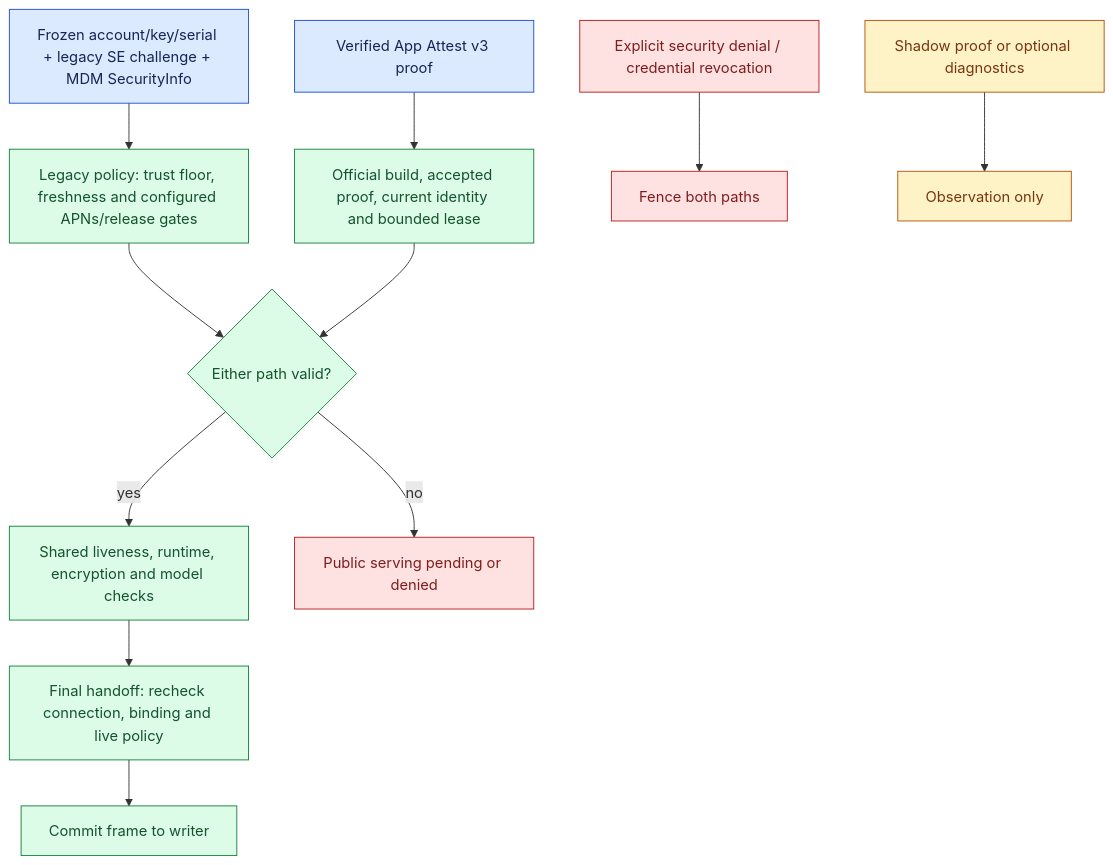
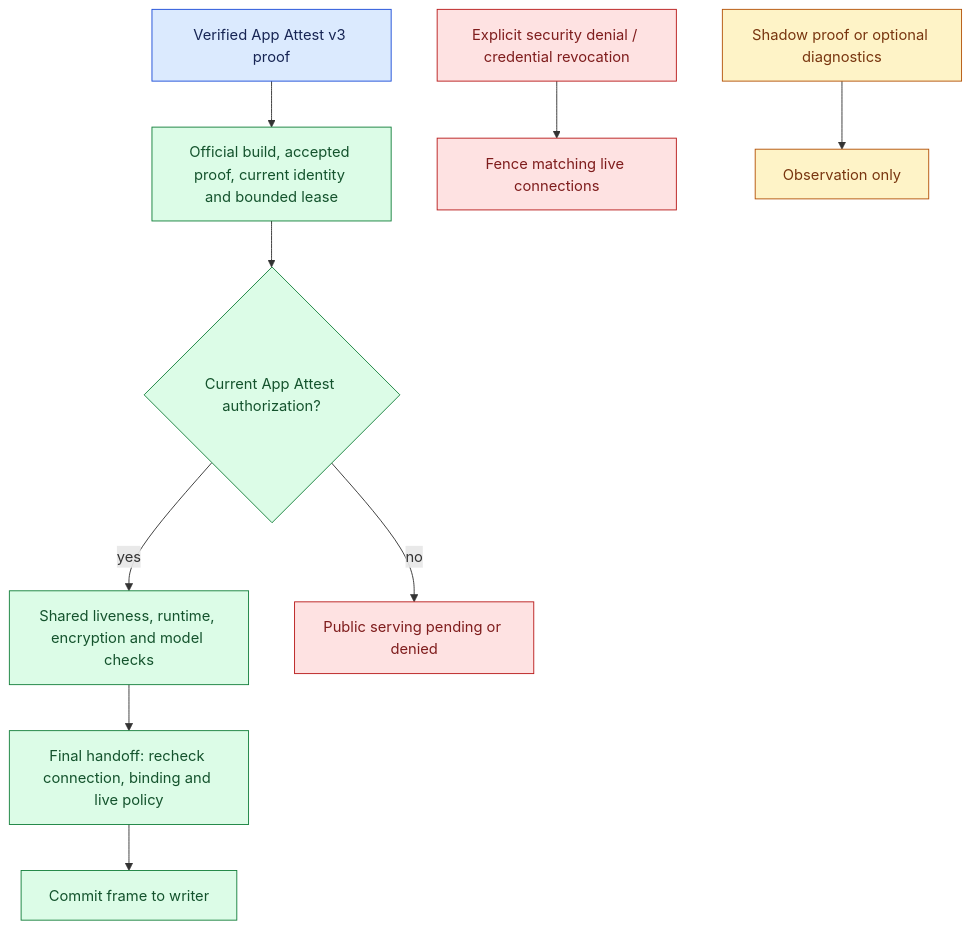
One commit to Layr-Labs/d-inference changed the diagram in docs/architecture/security/provider-trust.md. Above: the diagram before and after it, drawn with Mermaid. The commit also changed other lines of this file and 45 other files, not shown here.

````diff
--- a/docs/architecture/security/provider-trust.md
+++ b/docs/architecture/security/provider-trust.md
@@ -55,21 +41,19 @@
 ```mermaid
 flowchart TD
-  L["Frozen account/key/serial + legacy SE challenge + MDM SecurityInfo"] --> LP["Legacy policy: trust floor, freshness and configured APNs/release gates"]
   A["Verified App Attest v3 proof"] --> AP["Official build, accepted proof, current identity and bounded lease"]
-  LP --> E{"Either path valid?"}
-  AP --> E
+  AP --> E{"Current App Attest authorization?"}
   E -->|yes| C["Shared liveness, runtime, encryption and model checks"]
   C --> H["Final handoff: recheck connection, binding and live policy"]
   H --> I["Commit frame to writer"]
   E -->|no| P["Public serving pending or denied"]
-  D["Explicit security denial / credential revocation"] --> X["Fence both paths"]
+  D["Explicit security denial / credential revocation"] --> X["Fence matching live connections"]
   S["Shadow proof or optional diagnostics"] --> O["Observation only"]
   classDef evidence fill:#dbeafe,stroke:#1d4ed8,color:#172554
   classDef gate fill:#dcfce7,stroke:#15803d,color:#14532d
   classDef denied fill:#fee2e2,stroke:#b91c1c,color:#7f1d1d
   classDef observation fill:#fef3c7,stroke:#b45309,color:#78350f
-  class L,A evidence
-  class LP,AP,E,C,H,I gate
+  class A evidence
+  class AP,E,C,H,I gate
   class D,X,P denied
   class S,O observation
 ```
````
